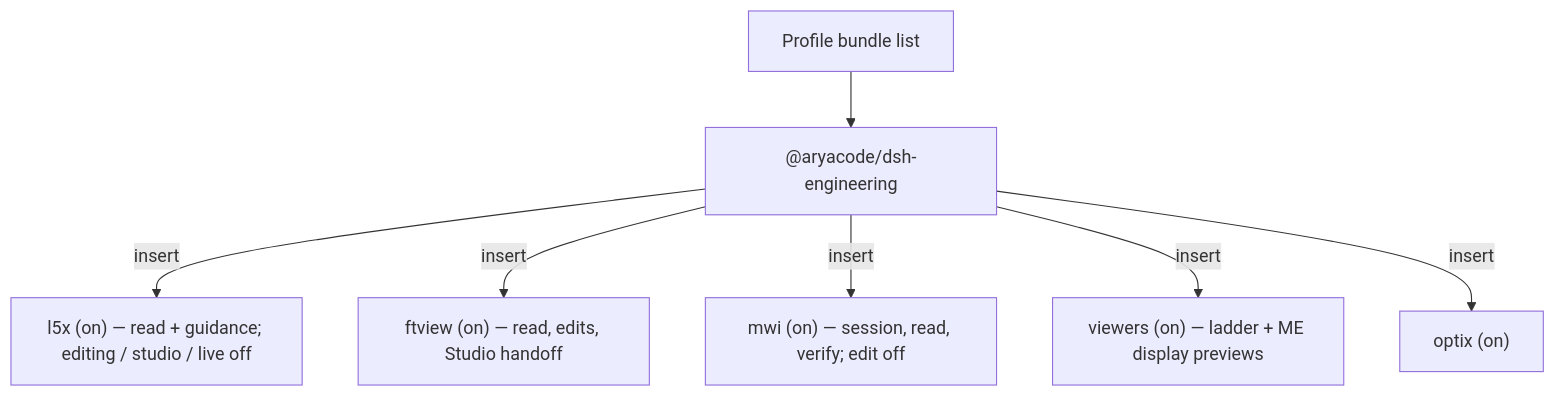
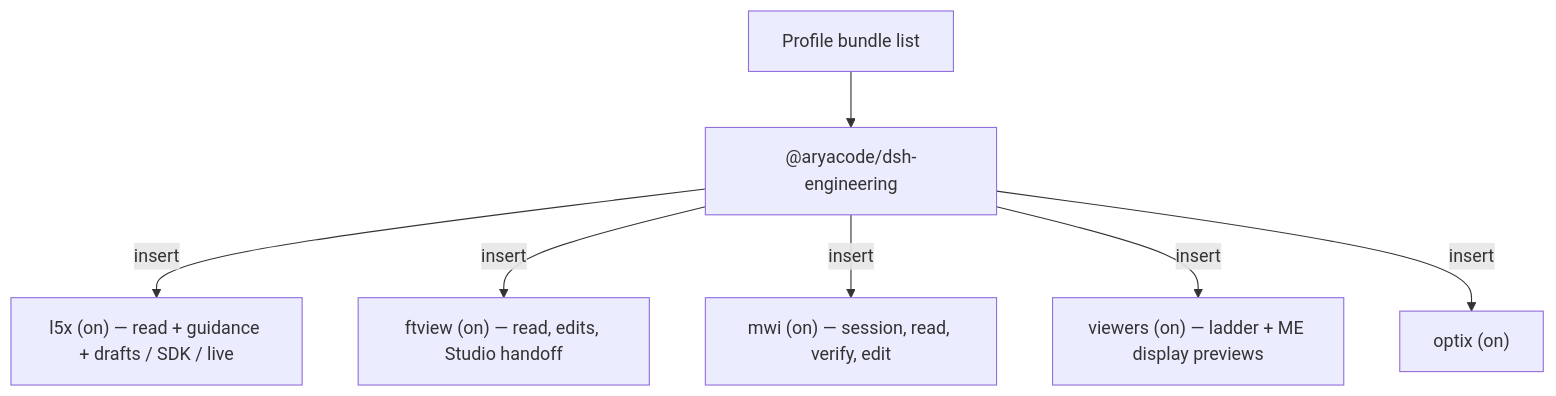
The diagram in README.md (KonnectSuite/dsh-engineering), drawn with Mermaid before and after one commit. The commit also changed other lines of this file and 13 other files, not shown here.

````diff
--- a/README.md
+++ b/README.md
@@ -154,9 +156,9 @@
 ```mermaid
 flowchart TB
   Profile["Profile bundle list"] --> Bundle["@aryacode/dsh-engineering"]
-  Bundle -->|insert| L5X["l5x (on) — read + guidance; editing / studio / live off"]
+  Bundle -->|insert| L5X["l5x (on) — read + guidance + drafts / SDK / live"]
   Bundle -->|insert| FTV["ftview (on) — read, edits, Studio handoff"]
-  Bundle -->|insert| MWI["mwi (on) — session, read, verify; edit off"]
+  Bundle -->|insert| MWI["mwi (on) — session, read, verify, edit"]
   Bundle -->|insert| Viewers["viewers (on) — ladder + ME display previews"]
   Bundle -->|insert| Optix["optix (on)"]
 ```
````
